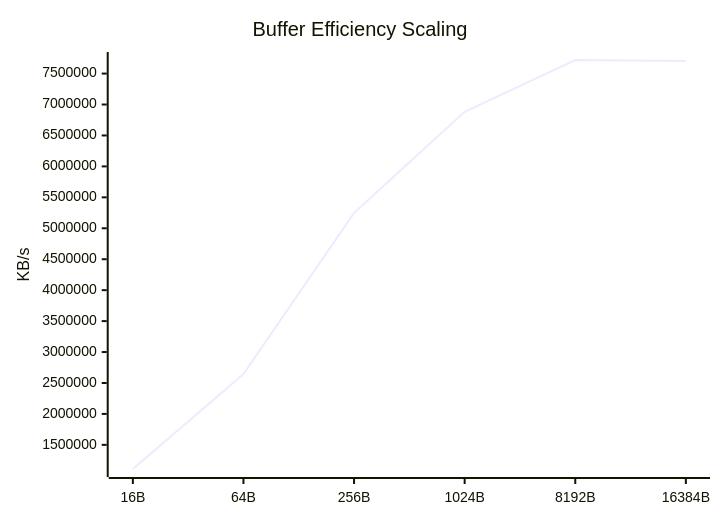
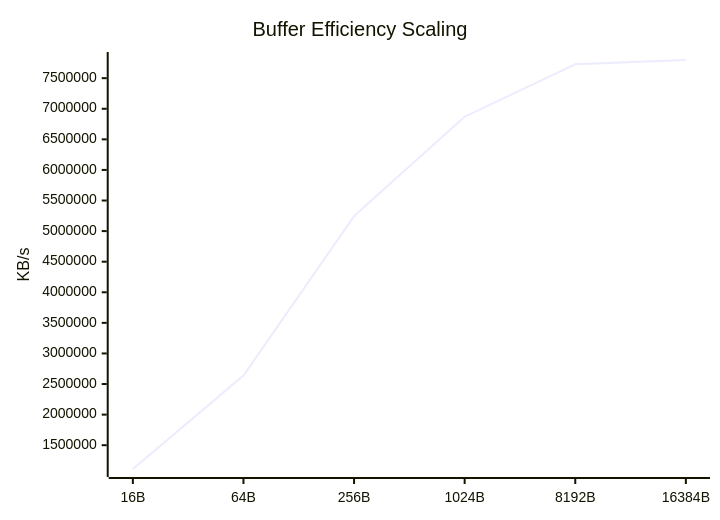
Before and after one commit to taha2samy/openssl_fips: the eighth of 9 diagrams in docs/Comparison_Report.md, drawn with Mermaid. The commit also changed other lines of this file and 2 other files, not shown here.

````diff
--- a/docs/Comparison_Report.md
+++ b/docs/Comparison_Report.md
@@ -118,7 +118,7 @@
 ```mermaid
 xychart-beta
     title "Buffer Efficiency Scaling"
     x-axis [16B, 64B, 256B, 1024B, 8192B, 16384B]
     y-axis "KB/s"
-    line [1109871.38, 2644074.91, 5249232.13, 6882775.04, 7719448.58, 7702347.78]
+    line [1111051.98, 2637326.18, 5245968.26, 6869898.75, 7725973.5, 7797096.45]
 ```
````
